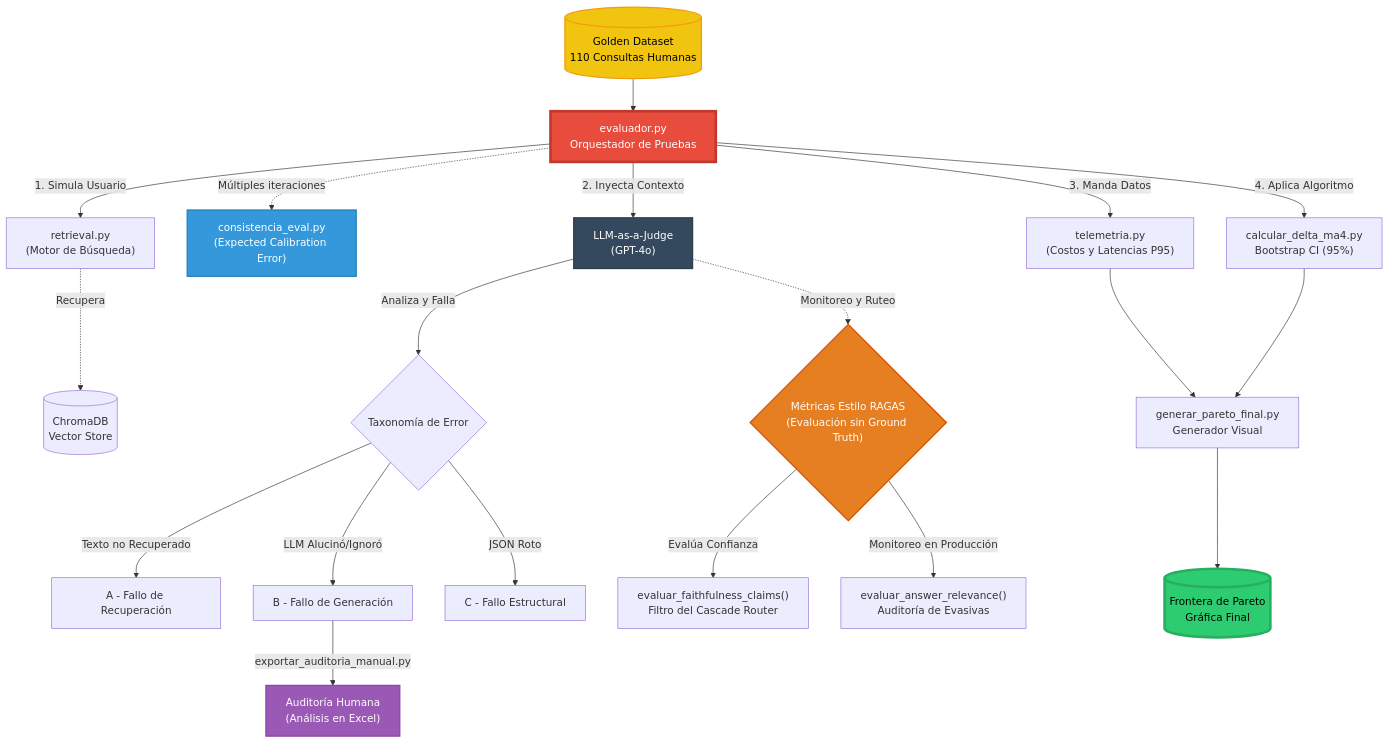
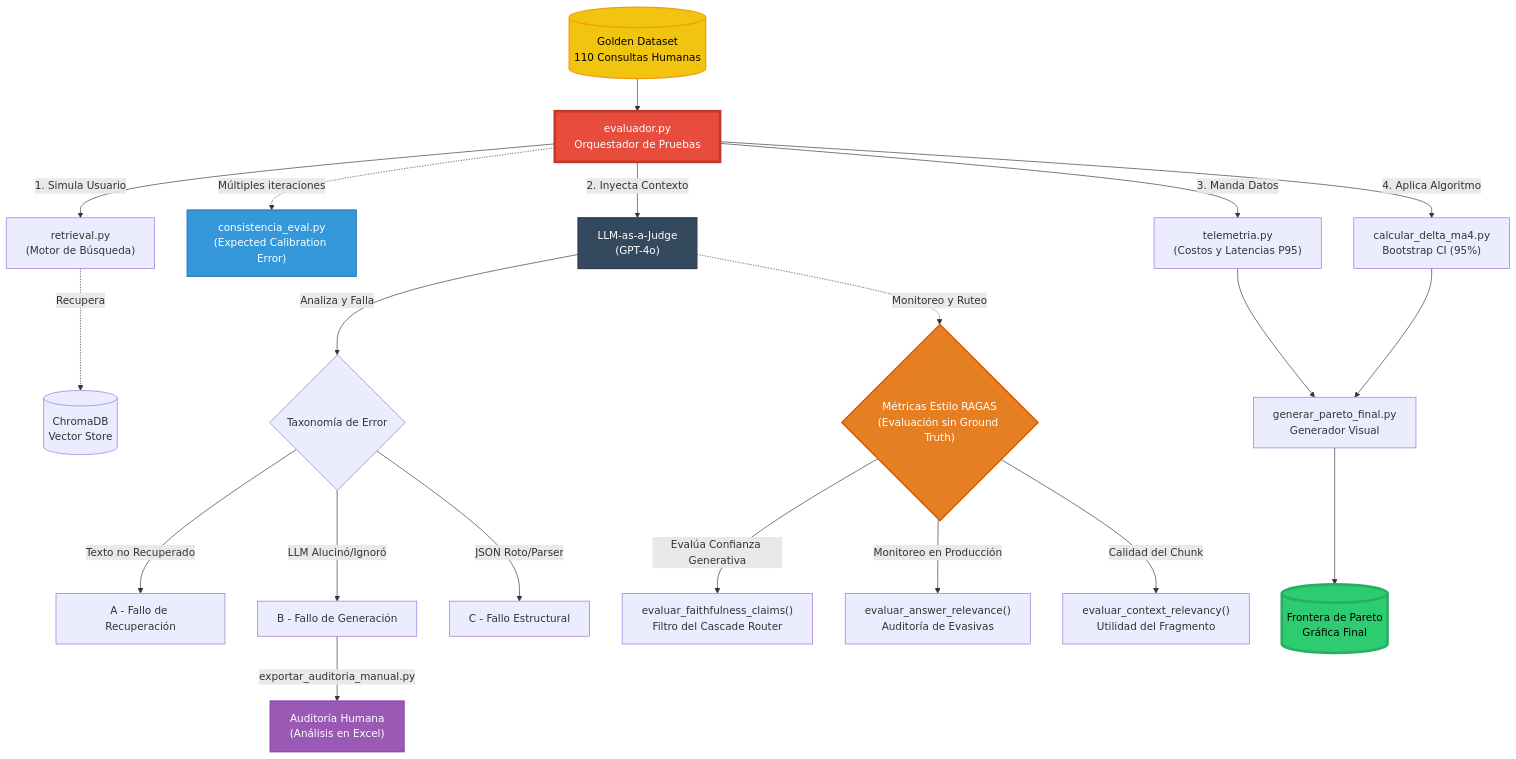
The diagram in docs/arquitectura/diagrama_arquitectura_evaluador.md (alexandro-mayoral-teran/proyecto_disf_npl), drawn with Mermaid before and after one commit. The commit also changed other lines of this file and 22 other files, not shown here.

````diff
--- a/docs/arquitectura/diagrama_arquitectura_evaluador.md
+++ b/docs/arquitectura/diagrama_arquitectura_evaluador.md
@@ -9,45 +9,46 @@
 ```mermaid
 graph TD
     %% Base de la Verdad
     A[("Golden Dataset<br>110 Consultas Humanas")] --> B
 
     %% Orquestador de Evaluación y Consistencia
     B["evaluador.py<br>Orquestador de Pruebas"] -->|1. Simula Usuario| C["retrieval.py<br>(Motor de Búsqueda)"]
     C -.->|Recupera| D[("ChromaDB<br>Vector Store")]
     
-    %% Satélite de Consistencia (Avance 5)
+    %% Satélite de Consistencia
     B -.->|Múltiples iteraciones| ECE["consistencia_eval.py<br>(Expected Calibration Error)"]
     
     %% Juez y Taxonomía (MA6)
     B -->|2. Inyecta Contexto| E["LLM-as-a-Judge<br>(GPT-4o)"]
     E -->|Analiza y Falla| F{"Taxonomía de Error"}
     
     %% Ramas de Taxonomía
     F -->|Texto no Recuperado| G["A - Fallo de Recuperación"]
     F -->|LLM Alucinó/Ignoró| H["B - Fallo de Generación"]
-    F -->|JSON Roto| I["C - Fallo Estructural"]
+    F -->|JSON Roto/Parser| I["C - Fallo Estructural"]
     
-    %% Auditoría MA6
+    %% Auditoría
     H -->|exportar_auditoria_manual.py| N["Auditoría Humana<br>(Análisis en Excel)"]
 
     %% Métricas RAGAS Satélites (NUEVO)
     E -.->|Monitoreo y Ruteo| RAGAS{"Métricas Estilo RAGAS<br>(Evaluación sin Ground Truth)"}
-    RAGAS -->|Evalúa Confianza| FTH["evaluar_faithfulness_claims()<br>Filtro del Cascade Router"]
+    RAGAS -->|Evalúa Confianza Generativa| FTH["evaluar_faithfulness_claims()<br>Filtro del Cascade Router"]
     RAGAS -->|Monitoreo en Producción| AR["evaluar_answer_relevance()<br>Auditoría de Evasivas"]
+    RAGAS -->|Calidad del Chunk| CR["evaluar_context_relevancy()<br>Utilidad del Fragmento"]
 
-    %% Métricas y Salida (MA4)
+    %% Métricas y Salida
     B -->|3. Manda Datos| J["telemetria.py<br>(Costos y Latencias P95)"]
     B -->|4. Aplica Algoritmo| K["calcular_delta_ma4.py<br>Bootstrap CI (95%)"]
     J --> L
     K --> L["generar_pareto_final.py<br>Generador Visual"]
     L --> M[("Frontera de Pareto<br>Gráfica Final")]
 
     %% Estilos
     style B fill:#e74c3c,stroke:#c0392b,stroke-width:4px,color:white
     style A fill:#f1c40f,stroke:#f39c12,stroke-width:2px,color:black
     style E fill:#34495e,stroke:#2c3e50,stroke-width:2px,color:white
     style M fill:#2ecc71,stroke:#27ae60,stroke-width:4px,color:black
     style N fill:#9b59b6,stroke:#8e44ad,stroke-width:2px,color:white
     style ECE fill:#3498db,stroke:#2980b9,stroke-width:2px,color:white
     style RAGAS fill:#e67e22,stroke:#d35400,stroke-width:2px,color:white
 ```
````
